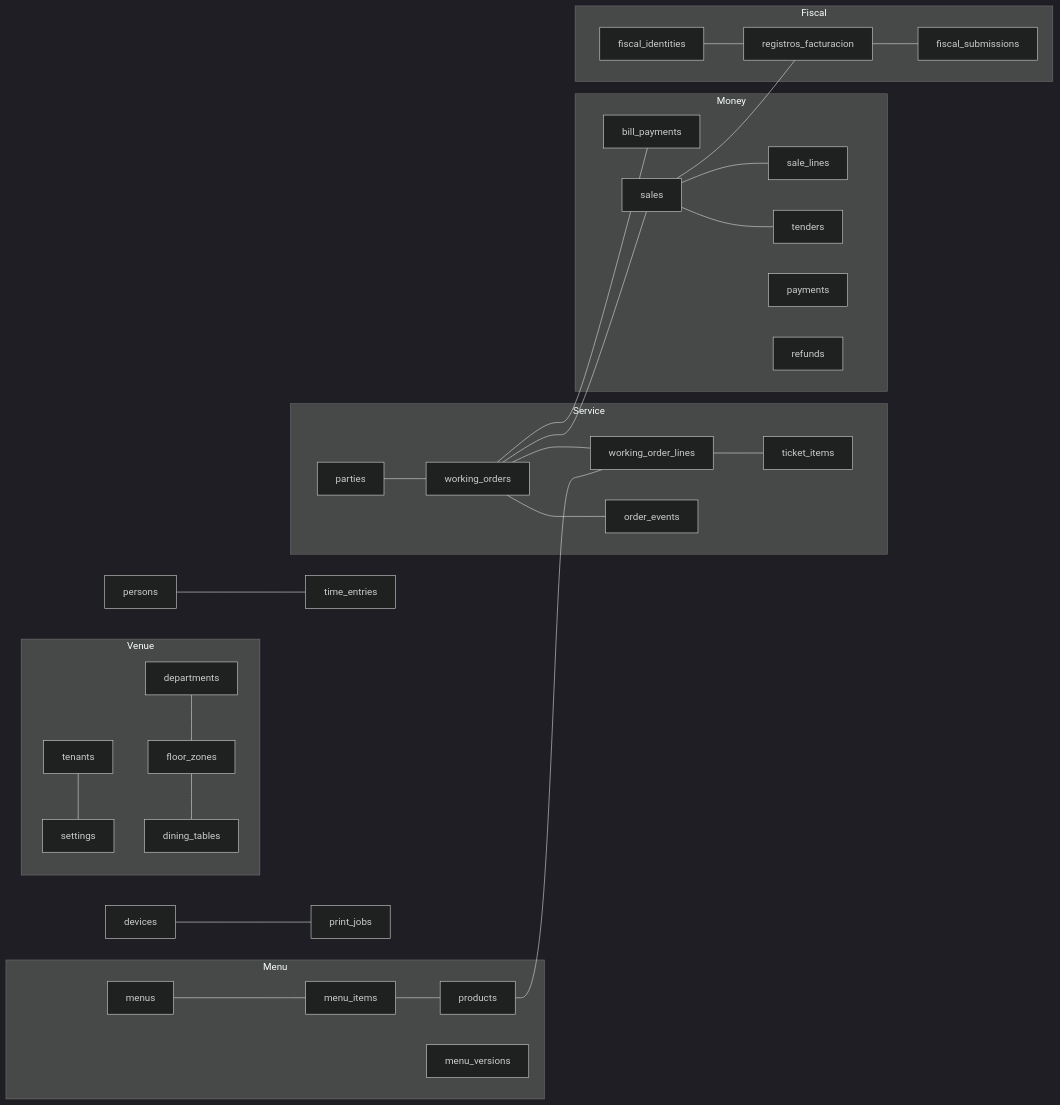
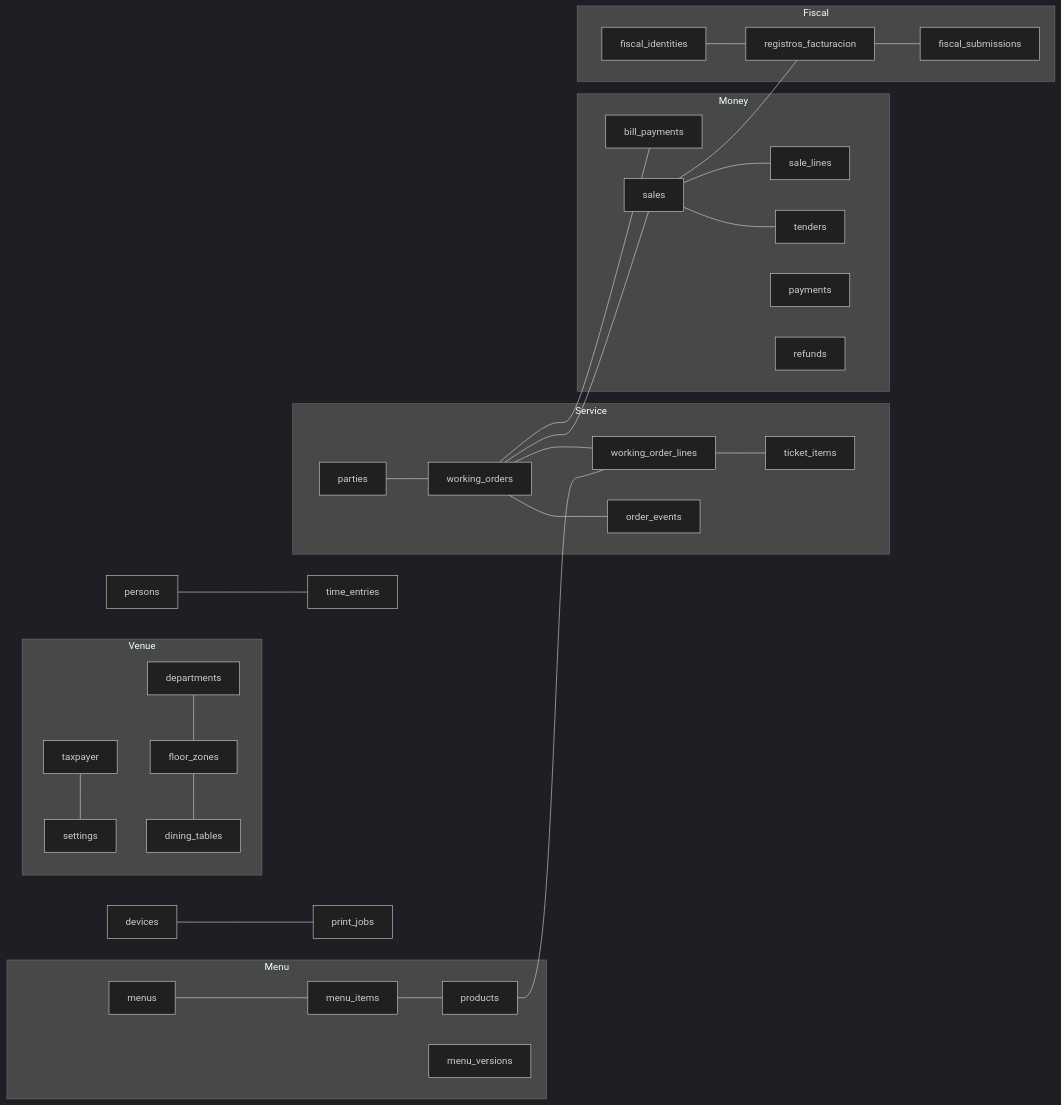
Before and after one commit to clintongormley/waitron: the diagram in docs/superpowers/specs/2026-11-02-rationalisation/README.md, drawn with Mermaid (dark theme). The commit also changed other lines of this file and 2 other files, not shown here.

First line of the commit message:
docs(A1308): rename tenants to taxpayer and drop every leftover tenant name

````diff
--- a/docs/superpowers/specs/2026-11-02-rationalisation/README.md
+++ b/docs/superpowers/specs/2026-11-02-rationalisation/README.md
@@ -111,30 +111,30 @@
 ```mermaid
 flowchart LR
   subgraph Venue
-    tenants --- settings
+    taxpayer --- settings
     departments --- floor_zones --- dining_tables
   end
   subgraph Service
     parties --- working_orders --- working_order_lines
     working_order_lines --- ticket_items
     working_orders --- order_events
   end
   subgraph Money
     working_orders --- bill_payments
     working_orders --- sales --- sale_lines
     sales --- tenders
     payments
     refunds
   end
   subgraph Fiscal
     sales --- registros_facturacion --- fiscal_submissions
     fiscal_identities --- registros_facturacion
   end
   subgraph Menu
     menus --- menu_items --- products
     menu_versions
   end
   products --- working_order_lines
   persons --- time_entries
   devices --- print_jobs
 ```
````
